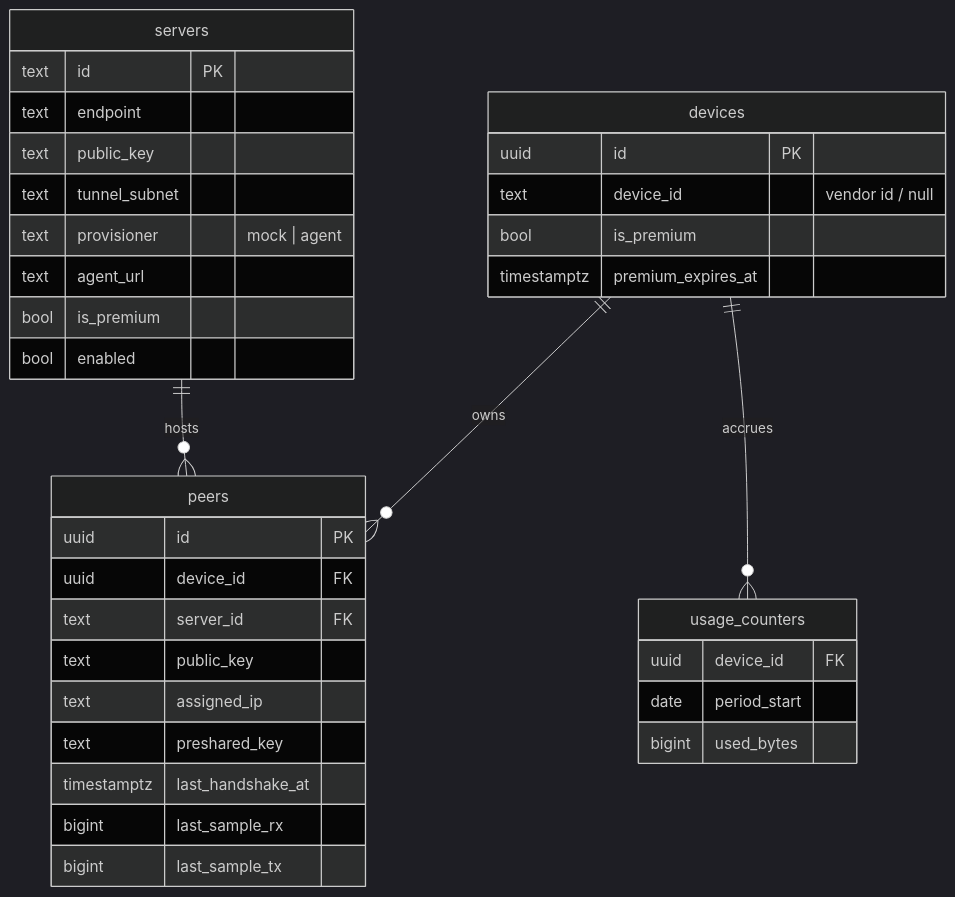
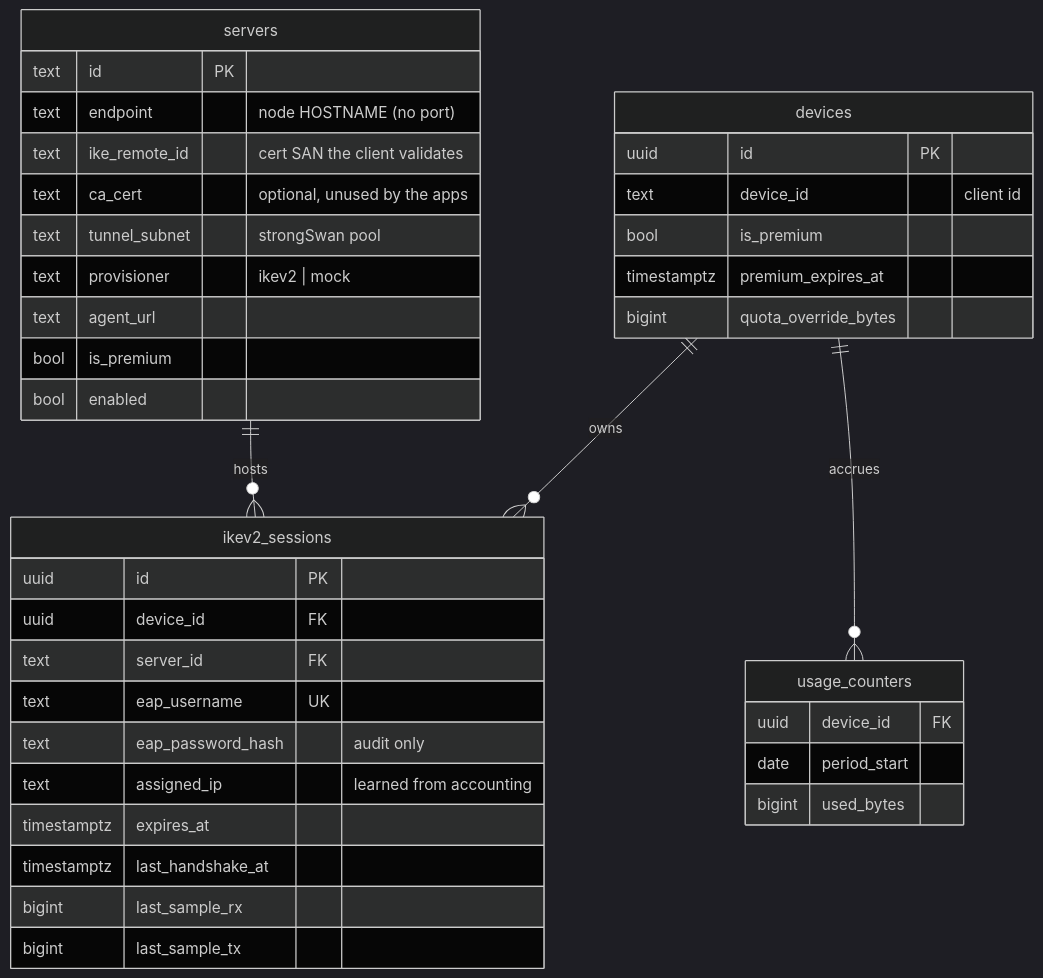
Before and after one commit to UmairAfzalGitHub/VPN-Master-BE: the fourth of 4 diagrams in docs/ARCHITECTURE.md, drawn with Mermaid (dark theme). The commit also changed other lines of this file and 33 other files, not shown here.

First line of the commit message:
Remove WireGuard from the backend and docs; IKEv2 is the only protocol

````diff
--- a/docs/ARCHITECTURE.md
+++ b/docs/ARCHITECTURE.md
@@ -189,39 +203,42 @@
 ```mermaid
 erDiagram
-    servers ||--o{ peers : hosts
-    devices ||--o{ peers : owns
+    servers ||--o{ ikev2_sessions : hosts
+    devices ||--o{ ikev2_sessions : owns
     devices ||--o{ usage_counters : accrues
 
     servers {
         text id PK
-        text endpoint
-        text public_key
-        text tunnel_subnet
-        text provisioner "mock | agent"
+        text endpoint "node HOSTNAME (no port)"
+        text ike_remote_id "cert SAN the client validates"
+        text ca_cert "optional, unused by the apps"
+        text tunnel_subnet "strongSwan pool"
+        text provisioner "ikev2 | mock"
         text agent_url
         bool is_premium
         bool enabled
     }
     devices {
         uuid id PK
-        text device_id "vendor id / null"
+        text device_id "client id"
         bool is_premium
         timestamptz premium_expires_at
+        bigint quota_override_bytes
     }
-    peers {
+    ikev2_sessions {
         uuid id PK
         uuid device_id FK
         text server_id FK
-        text public_key
-        text assigned_ip
-        text preshared_key
+        text eap_username UK
+        text eap_password_hash "audit only"
+        text assigned_ip "learned from accounting"
+        timestamptz expires_at
         timestamptz last_handshake_at
         bigint last_sample_rx
         bigint last_sample_tx
     }
     usage_counters {
         uuid device_id FK
         date period_start
         bigint used_bytes
     }
 ```
````
